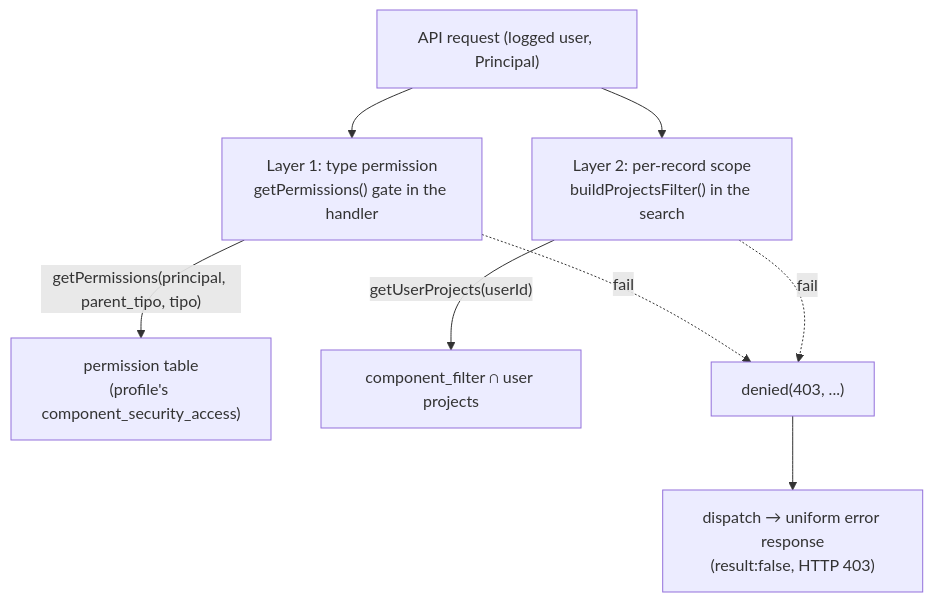
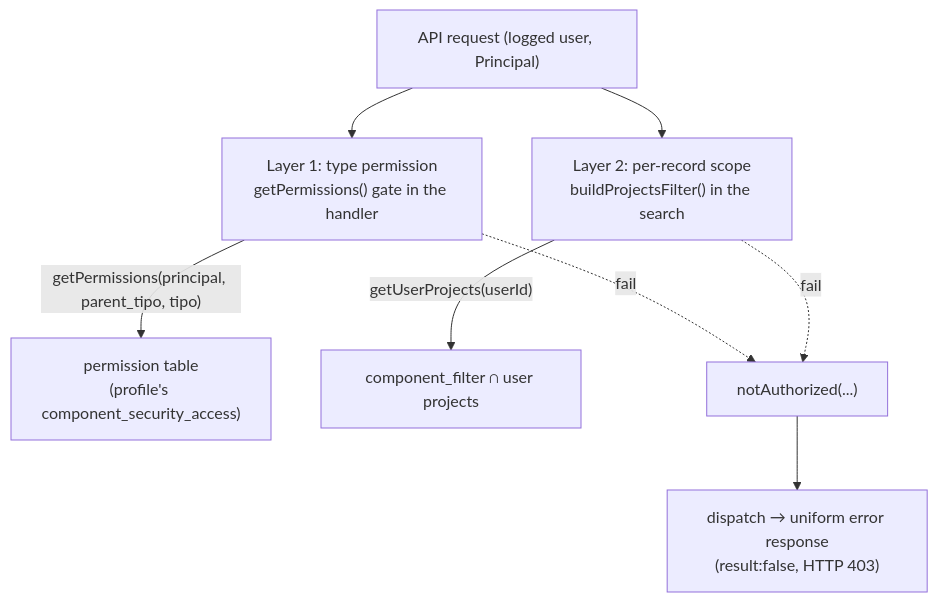
One commit to renderpci/dedalo changed the first of 2 diagrams in docs/core/system/security.md. Above: the diagram before and after it, drawn with Mermaid. The commit also changed other lines of this file and 32 other files, not shown here.

````diff
--- a/docs/core/system/security.md
+++ b/docs/core/system/security.md
@@ -120,11 +120,11 @@
 ```mermaid
 flowchart TD
     REQ["API request (logged user, Principal)"]
     REQ --> L1["Layer 1: type permission<br/>getPermissions() gate in the handler"]
     L1 -->|"getPermissions(principal, parent_tipo, tipo)"| TBL["permission table<br/>(profile's component_security_access)"]
     REQ --> L2["Layer 2: per-record scope<br/>buildProjectsFilter() in the search"]
     L2 -->|"getUserProjects(userId)"| PROJ["component_filter ∩ user projects"]
-    L1 -. fail .-> EX["denied(403, ...)"]
+    L1 -. fail .-> EX["notAuthorized(...)"]
     L2 -. fail .-> EX
     EX --> RESP["dispatch → uniform error response<br/>(result:false, HTTP 403)"]
 ```
````
